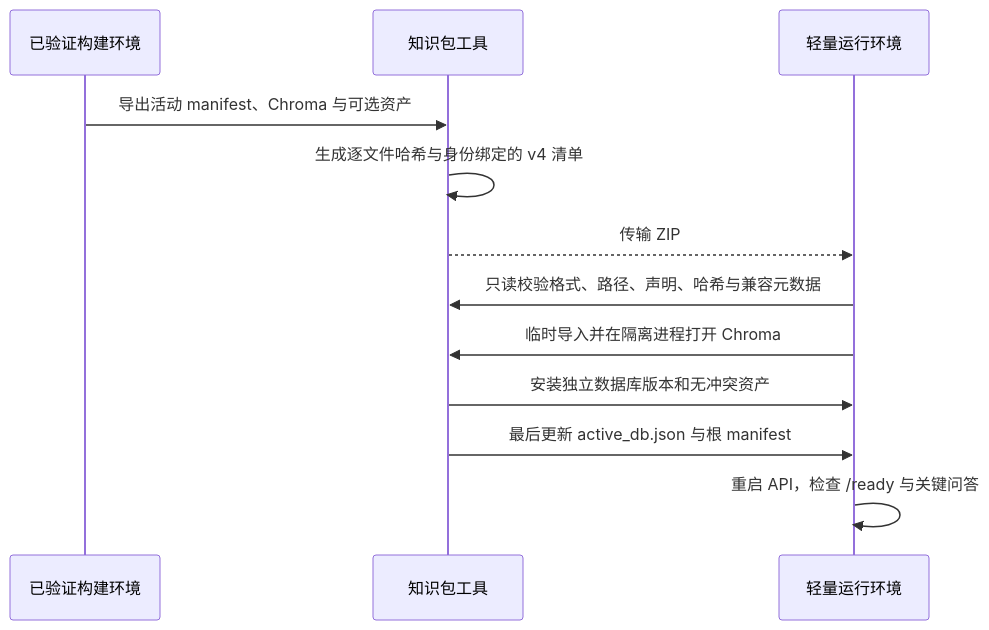
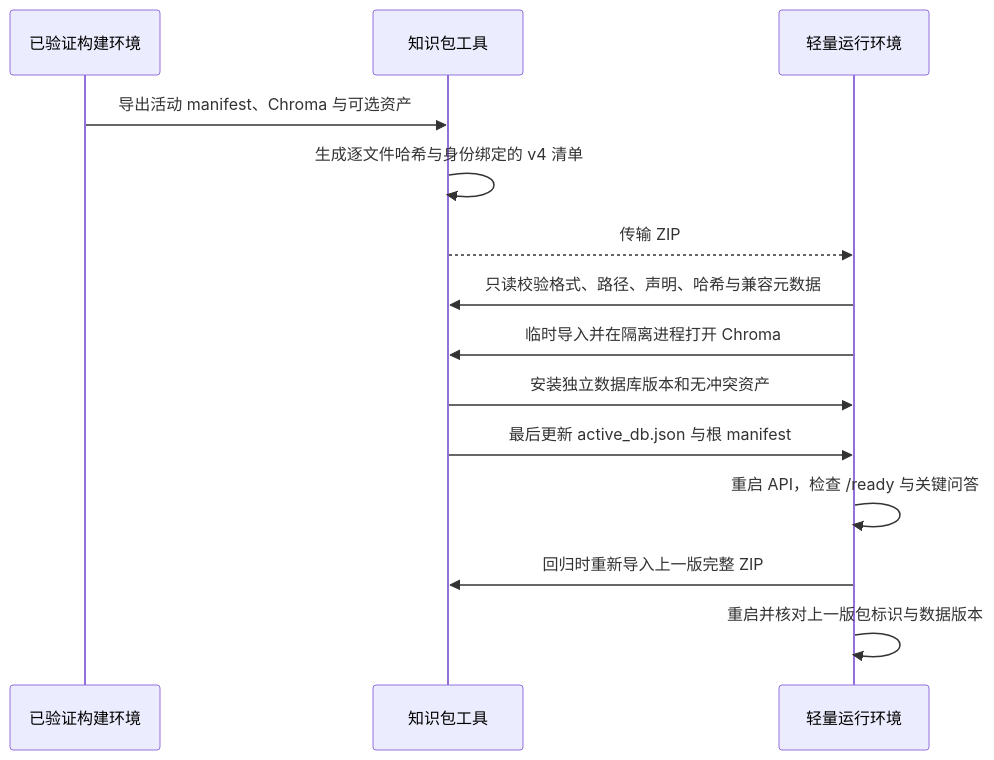
One commit to xiaochongshanww/Portfolio changed the fifth of 5 diagrams in 结构设计规范知识库/docs/architecture/系统详细设计.md. Above: the diagram before and after it, drawn with Mermaid. The commit also changed other lines of this file and 14 other files, not shown here.

````diff
--- a/结构设计规范知识库/docs/architecture/系统详细设计.md
+++ b/结构设计规范知识库/docs/architecture/系统详细设计.md
@@ -194,14 +194,16 @@
 ```mermaid
 sequenceDiagram
     participant B as 已验证构建环境
     participant P as 知识包工具
     participant R as 轻量运行环境
     B->>P: 导出活动 manifest、Chroma 与可选资产
     P->>P: 生成逐文件哈希与身份绑定的 v4 清单
     P-->>R: 传输 ZIP
     R->>P: 只读校验格式、路径、声明、哈希与兼容元数据
     R->>P: 临时导入并在隔离进程打开 Chroma
     P->>R: 安装独立数据库版本和无冲突资产
     P->>R: 最后更新 active_db.json 与根 manifest
     R->>R: 重启 API，检查 /ready 与关键问答
+    R->>P: 回归时重新导入上一版完整 ZIP
+    R->>R: 重启并核对上一版包标识与数据版本
 ```
````
